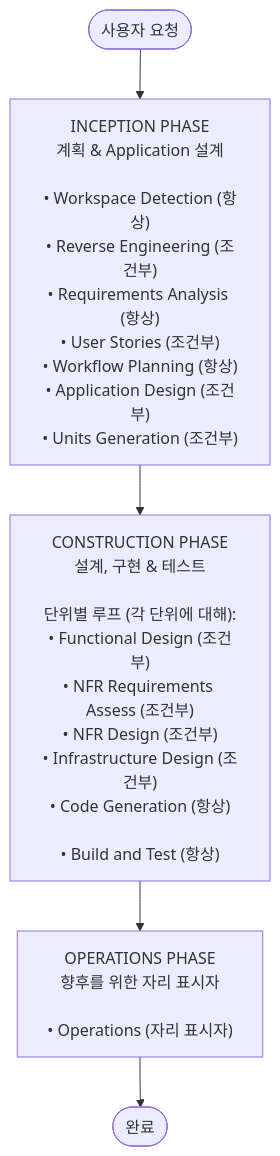
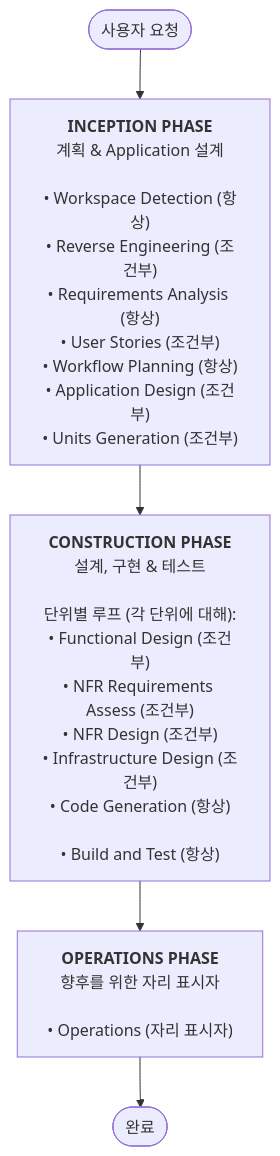
The diagram in skills/start/rule-details/common/welcome-message.md (serithemage/aidlc-cc-plugin), drawn with Mermaid before and after one commit. The commit also changed 2 other files, not shown here.

Commit message:
Mermaid 다이어그램 개행 수정 (\n → <br/>)
Mermaid 노드 내 줄바꿈이 렌더링되지 않는 문제 수정

````diff
--- a/skills/start/rule-details/common/welcome-message.md
+++ b/skills/start/rule-details/common/welcome-message.md
@@ -23,14 +23,14 @@
 ```mermaid
 flowchart TD
     Start(["사용자 요청"])
 
-    INCEPTION["INCEPTION PHASE\n계획 & Application 설계\n\n• Workspace Detection (항상)\n• Reverse Engineering (조건부)\n• Requirements Analysis (항상)\n• User Stories (조건부)\n• Workflow Planning (항상)\n• Application Design (조건부)\n• Units Generation (조건부)"]
+    INCEPTION["<b>INCEPTION PHASE</b><br/>계획 & Application 설계<br/><br/>• Workspace Detection (항상)<br/>• Reverse Engineering (조건부)<br/>• Requirements Analysis (항상)<br/>• User Stories (조건부)<br/>• Workflow Planning (항상)<br/>• Application Design (조건부)<br/>• Units Generation (조건부)"]
 
-    CONSTRUCTION["CONSTRUCTION PHASE\n설계, 구현 & 테스트\n\n단위별 루프 (각 단위에 대해):\n• Functional Design (조건부)\n• NFR Requirements Assess (조건부)\n• NFR Design (조건부)\n• Infrastructure Design (조건부)\n• Code Generation (항상)\n\n• Build and Test (항상)"]
+    CONSTRUCTION["<b>CONSTRUCTION PHASE</b><br/>설계, 구현 & 테스트<br/><br/>단위별 루프 (각 단위에 대해):<br/>• Functional Design (조건부)<br/>• NFR Requirements Assess (조건부)<br/>• NFR Design (조건부)<br/>• Infrastructure Design (조건부)<br/>• Code Generation (항상)<br/><br/>• Build and Test (항상)"]
 
-    OPERATIONS["OPERATIONS PHASE\n향후를 위한 자리 표시자\n\n• Operations (자리 표시자)"]
+    OPERATIONS["<b>OPERATIONS PHASE</b><br/>향후를 위한 자리 표시자<br/><br/>• Operations (자리 표시자)"]
 
     End(["완료"])
 
     Start --> INCEPTION --> CONSTRUCTION --> OPERATIONS --> End
 ```
````
